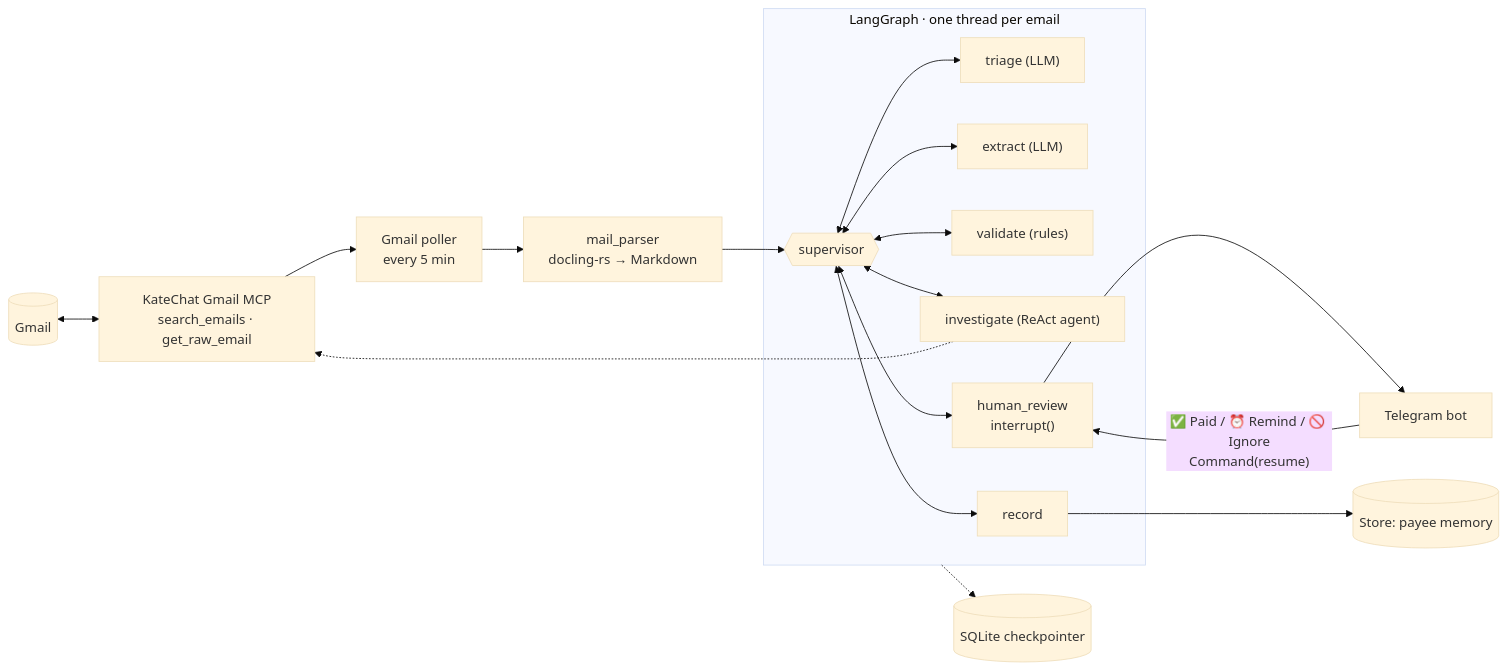
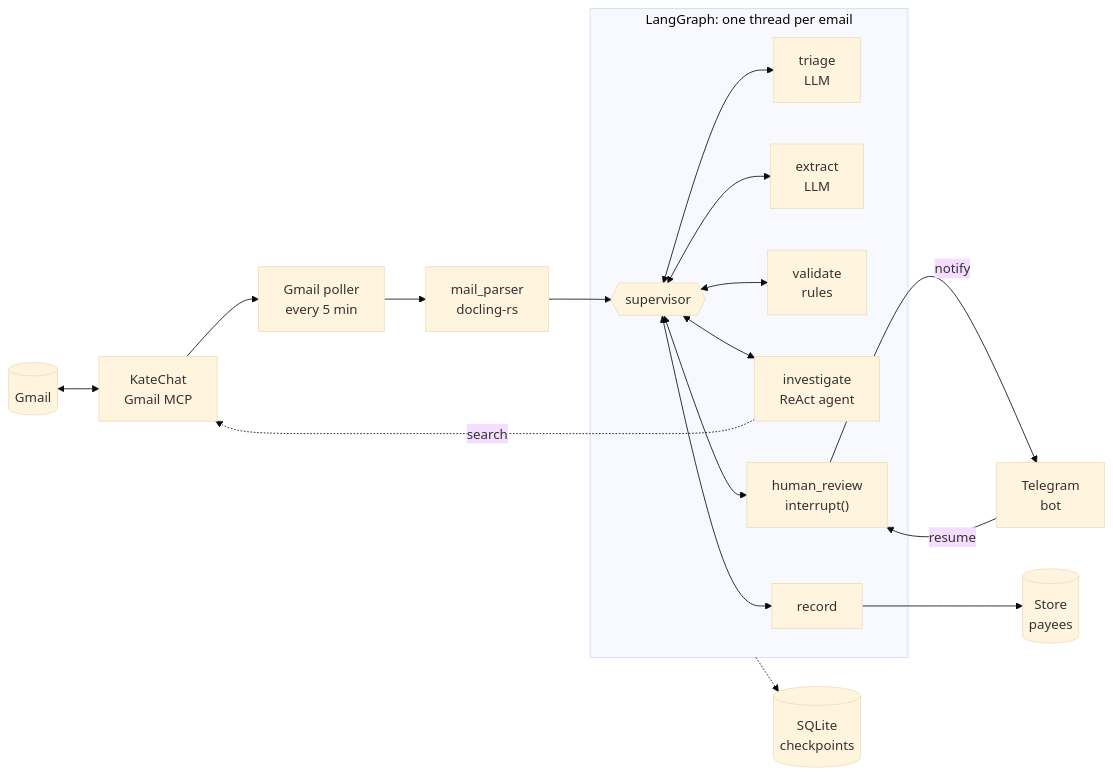
The diagram in README.md (artiz/langchain-invoices-processor), drawn with Mermaid (base theme) before and after one commit.

Commit message:
README: shorter Mermaid labels so GitHub does not clip them

````diff
--- a/README.md
+++ b/README.md
@@ -17,20 +17,20 @@
 ```mermaid
 flowchart LR
-    gmail[(Gmail)] <--> mcp["KateChat Gmail MCP<br/>search_emails · get_raw_email"]
+    gmail[(Gmail)] <--> mcp["KateChat<br/>Gmail MCP"]
     mcp --> poller["Gmail poller<br/>every 5 min"]
-    poller --> parser["mail_parser<br/>docling-rs → Markdown"]
+    poller --> parser["mail_parser<br/>docling-rs"]
     parser --> sup{{supervisor}}
-    subgraph lg["LangGraph · one thread per email"]
-        sup <--> triage["triage (LLM)"]
-        sup <--> extract["extract (LLM)"]
-        sup <--> validate["validate (rules)"]
-        sup <--> investigate["investigate (ReAct agent)"]
+    subgraph lg["LangGraph: one thread per email"]
+        sup <--> triage["triage<br/>LLM"]
+        sup <--> extract["extract<br/>LLM"]
+        sup <--> validate["validate<br/>rules"]
+        sup <--> investigate["investigate<br/>ReAct agent"]
         sup <--> human["human_review<br/>interrupt()"]
         sup <--> record["record"]
     end
-    investigate -.-> mcp
-    human --> tg["Telegram bot"]
-    tg -- "✅ Paid / ⏰ Remind / 🚫 Ignore<br/>Command(resume)" --> human
-    record --> store[("Store: payee memory")]
-    lg -.-> ckpt[("SQLite checkpointer")]
+    investigate -. "search" .-> mcp
+    human -- "notify" --> tg["Telegram<br/>bot"]
+    tg -- "resume" --> human
+    record --> store[("Store<br/>payees")]
+    lg -.-> ckpt[("SQLite<br/>checkpoints")]
 ```
````
